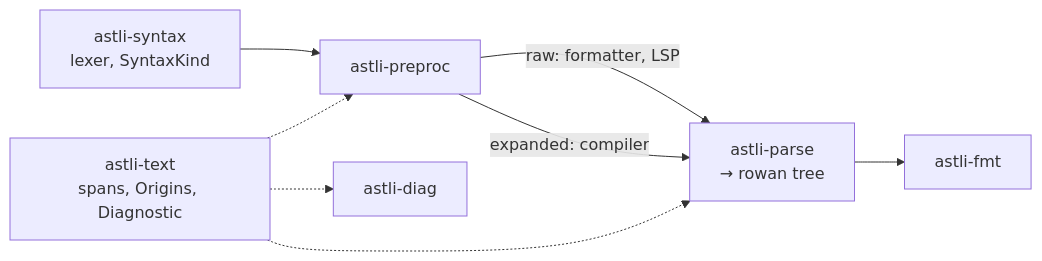
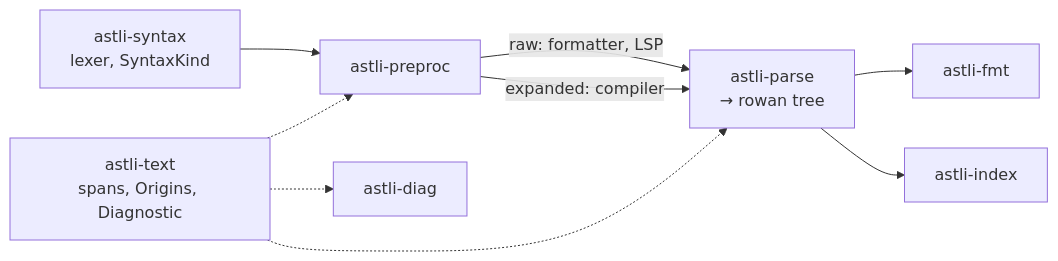
The diagram in docs/plan.md (fischeti/astli), drawn with Mermaid before and after one commit. The commit also changed other lines of this file and 22 other files, not shown here.

````diff
--- a/docs/plan.md
+++ b/docs/plan.md
@@ -41,8 +41,9 @@
 ```mermaid
 flowchart LR
     syntax["astli-syntax<br>lexer, SyntaxKind"] --> preproc["astli-preproc"]
     preproc -->|raw: formatter, LSP| parse["astli-parse<br>→ rowan tree"]
     preproc -->|expanded: compiler| parse
     parse --> fmt["astli-fmt"]
+    parse --> index["astli-index"]
     text["astli-text<br>spans, Origins, Diagnostic"] -.-> preproc & parse & diag["astli-diag"]
 ```
````
